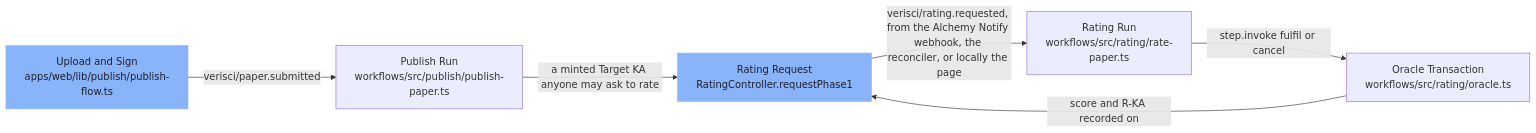
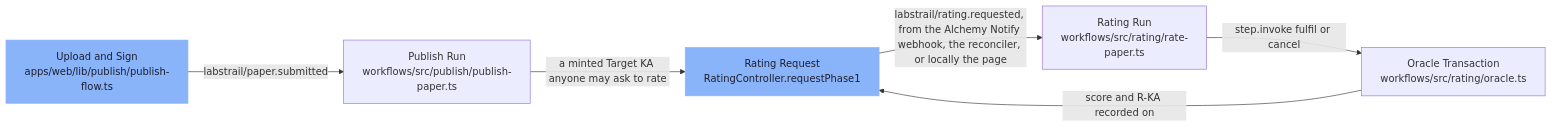
Before and after one commit to SiegfriedBz/labstrail: the diagram in .omm/pipeline/diagram.mmd, drawn with Mermaid. The commit also changed 264 other files, not shown here.

```diff
--- a/.omm/pipeline/diagram.mmd
+++ b/.omm/pipeline/diagram.mmd
@@ -1,8 +1,8 @@
 graph LR
-    upload-and-sign["Upload and Sign\napps/web/lib/publish/publish-flow.ts"] -->|"verisci/paper.submitted"| publish-run["Publish Run\nworkflows/src/publish/publish-paper.ts"]
+    upload-and-sign["Upload and Sign\napps/web/lib/publish/publish-flow.ts"] -->|"labstrail/paper.submitted"| publish-run["Publish Run\nworkflows/src/publish/publish-paper.ts"]
     publish-run -->|"a minted Target KA anyone may ask to rate"| rating-request["Rating Request\nRatingController.requestPhase1"]
-    rating-request -->|"verisci/rating.requested, from the Alchemy Notify webhook, the reconciler, or locally the page"| rating-run["Rating Run\nworkflows/src/rating/rate-paper.ts"]
+    rating-request -->|"labstrail/rating.requested, from the Alchemy Notify webhook, the reconciler, or locally the page"| rating-run["Rating Run\nworkflows/src/rating/rate-paper.ts"]
     rating-run -->|"step.invoke fulfil or cancel"| oracle-transaction["Oracle Transaction\nworkflows/src/rating/oracle.ts"]
     oracle-transaction -->|"score and R-KA recorded on"| rating-request
     classDef entry fill:#89b4fa,stroke:#89b4fa,color:#1e1e2e
     class upload-and-sign,rating-request entry
```
